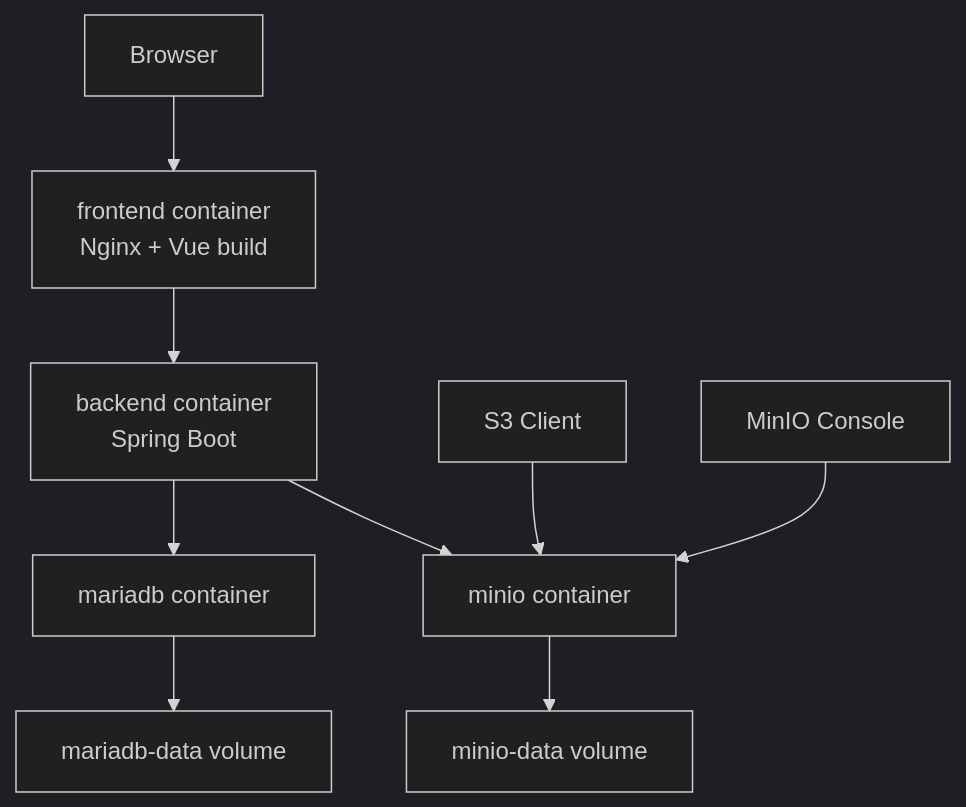
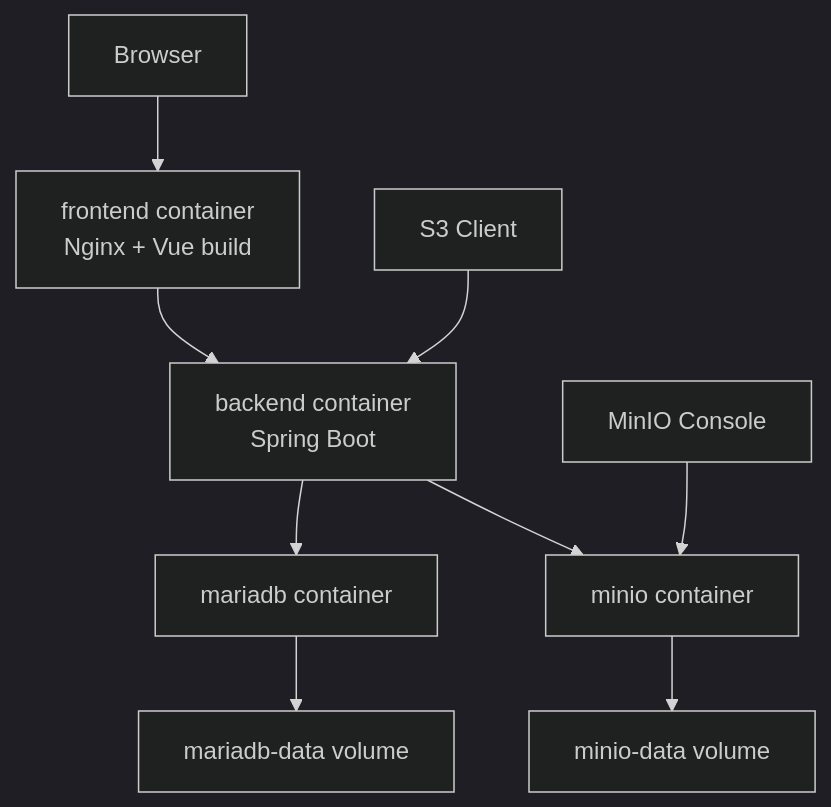
Before and after one commit to chefbeom/object-storage-osmu: the second of 6 diagrams in dev-docs/system-architecture.md, drawn with Mermaid (dark theme). The commit also changed other lines of this file and 11 other files, not shown here.

````diff
--- a/dev-docs/system-architecture.md
+++ b/dev-docs/system-architecture.md
@@ -85,14 +85,14 @@
 ```mermaid
 flowchart TD
     Browser["Browser"] --> Frontend["frontend container\nNginx + Vue build"]
     Frontend --> Backend["backend container\nSpring Boot"]
 
     Backend --> MariaDB["mariadb container"]
     Backend --> MinIO["minio container"]
 
-    S3Client["S3 Client"] --> MinIO
+    S3Client["S3 Client"] --> Backend
     MinIOConsole["MinIO Console"] --> MinIO
 
     MariaDB --> MariaVolume["mariadb-data volume"]
     MinIO --> MinioVolume["minio-data volume"]
 ```
````
